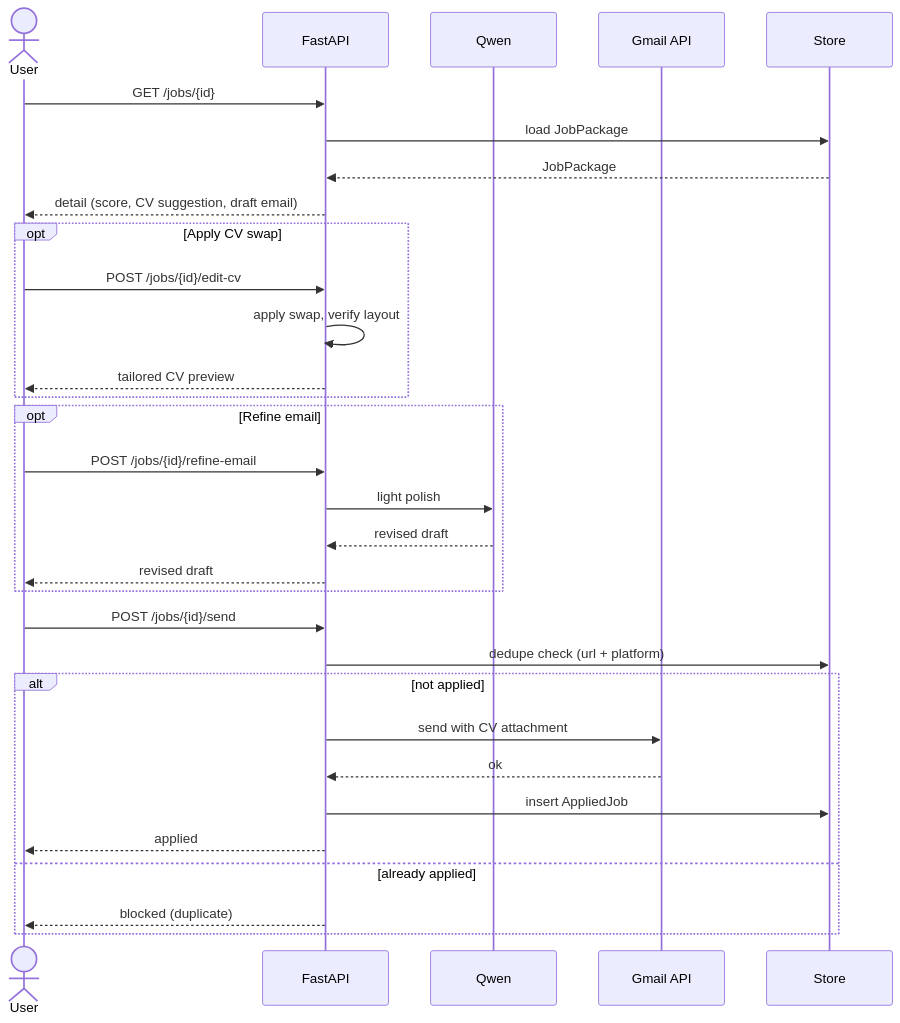
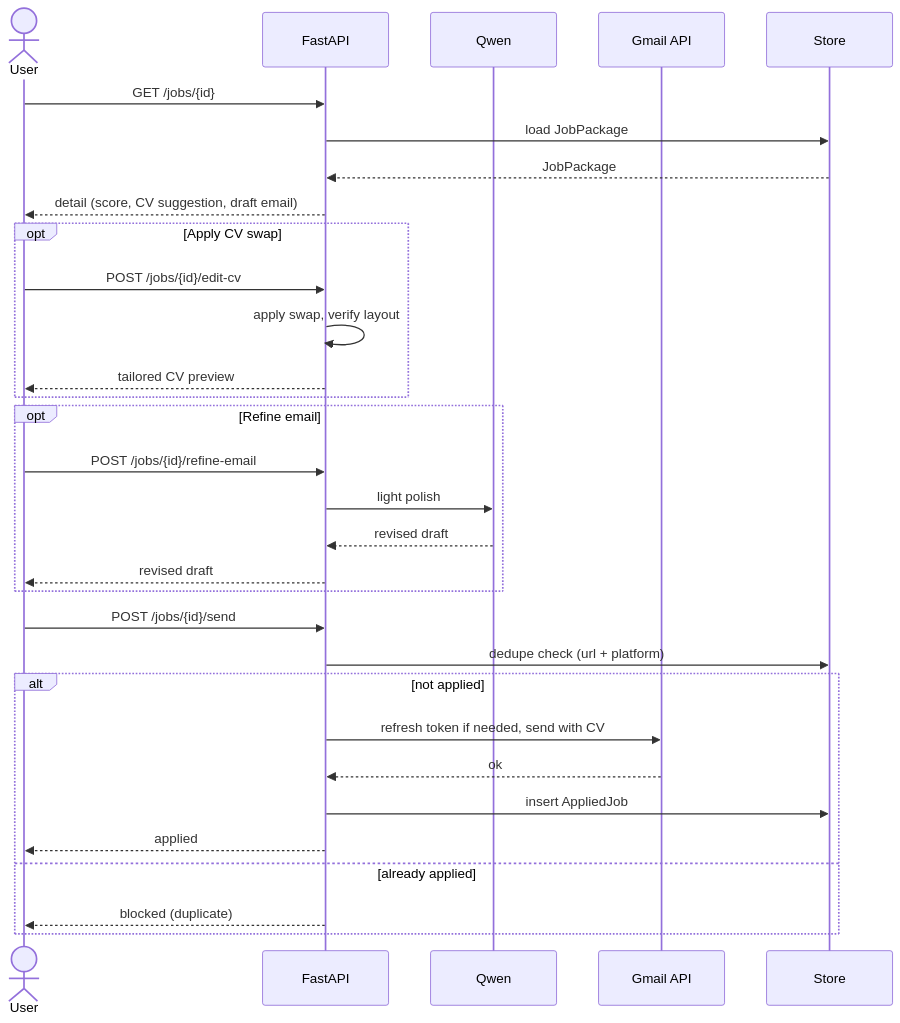
One commit to HamzaFayaz/JobPilot changed the tenth of 10 diagrams in System Design/JobPilot-System-Design.md. Above: the diagram before and after it, drawn with Mermaid. The commit also changed other lines of this file, not shown here.

Commit message:
Expand backend system design with LangGraph topology, API surface, and data models.

````diff
--- a/System Design/JobPilot-System-Design.md
+++ b/System Design/JobPilot-System-Design.md
@@ -276,37 +372,37 @@
 ```mermaid
 sequenceDiagram
     actor User
     participant API as FastAPI
     participant LLM as Qwen
     participant Gmail as Gmail API
     participant DB as Store
 
     User->>API: GET /jobs/{id}
     API->>DB: load JobPackage
     DB-->>API: JobPackage
     API-->>User: detail (score, CV suggestion, draft email)
 
     opt Apply CV swap
         User->>API: POST /jobs/{id}/edit-cv
         API->>API: apply swap, verify layout
         API-->>User: tailored CV preview
     end
 
     opt Refine email
         User->>API: POST /jobs/{id}/refine-email
         API->>LLM: light polish
         LLM-->>API: revised draft
         API-->>User: revised draft
     end
 
     User->>API: POST /jobs/{id}/send
     API->>DB: dedupe check (url + platform)
     alt not applied
-        API->>Gmail: send with CV attachment
+        API->>Gmail: refresh token if needed, send with CV
         Gmail-->>API: ok
         API->>DB: insert AppliedJob
         API-->>User: applied
     else already applied
         API-->>User: blocked (duplicate)
     end
 ```
````
